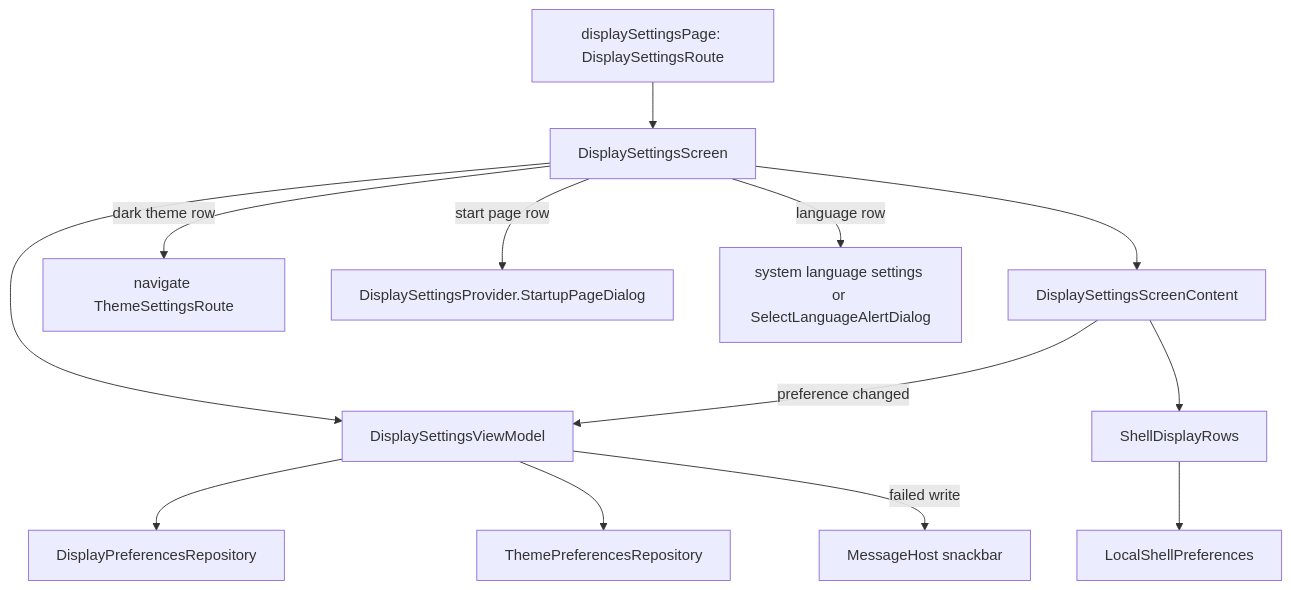
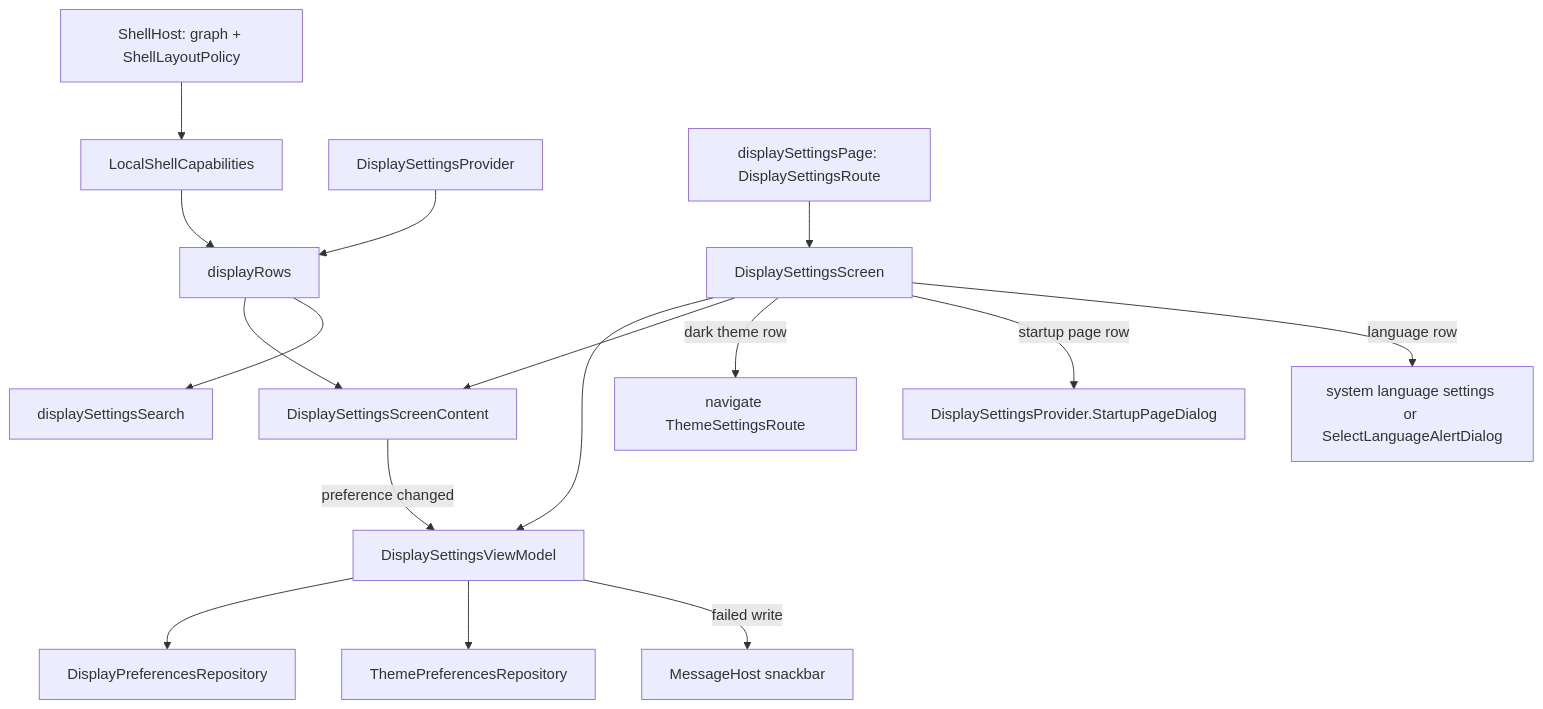
One commit to MihaiCristianCondrea/App-Toolkit-for-Android changed the diagram in library/feature/display/README.md. Above: the diagram before and after it, drawn with Mermaid. The commit also changed other lines of this file and 146 other files, not shown here.

````diff
--- a/library/feature/display/README.md
+++ b/library/feature/display/README.md
@@ -47,14 +68,18 @@
 ```mermaid
 flowchart TD
+    Host[ShellHost: graph + ShellLayoutPolicy] --> Caps[LocalShellCapabilities]
+    Caps --> Rows[displayRows]
+    Provider[DisplaySettingsProvider] --> Rows
+    Rows --> Content[DisplaySettingsScreenContent]
+    Rows --> Search[displaySettingsSearch]
     Page[displaySettingsPage: DisplaySettingsRoute] --> Screen[DisplaySettingsScreen]
     Screen --> VM[DisplaySettingsViewModel]
-    Screen --> Content[DisplaySettingsScreenContent]
+    Screen --> Content
     VM --> Display[DisplayPreferencesRepository]
     VM --> Theme[ThemePreferencesRepository]
     Content -->|preference changed| VM
-    Content --> ShellRows[ShellDisplayRows] --> ShellPrefs[LocalShellPreferences]
     Screen -->|dark theme row| ThemeRoute[navigate ThemeSettingsRoute]
-    Screen -->|start page row| Provider[DisplaySettingsProvider.StartupPageDialog]
+    Screen -->|startup page row| Dialog[DisplaySettingsProvider.StartupPageDialog]
     Screen -->|language row| Language[system language settings or SelectLanguageAlertDialog]
     VM -->|failed write| Messages[MessageHost snackbar]
 ```
````
